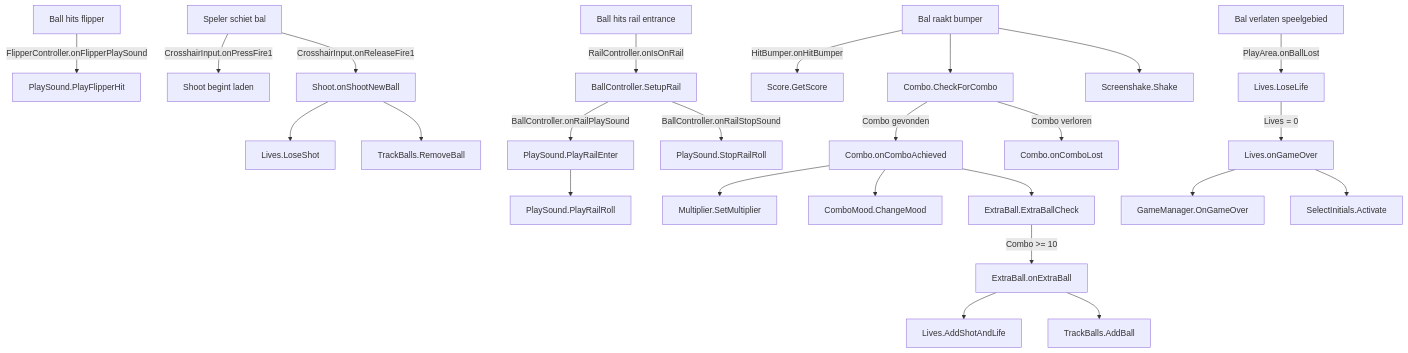
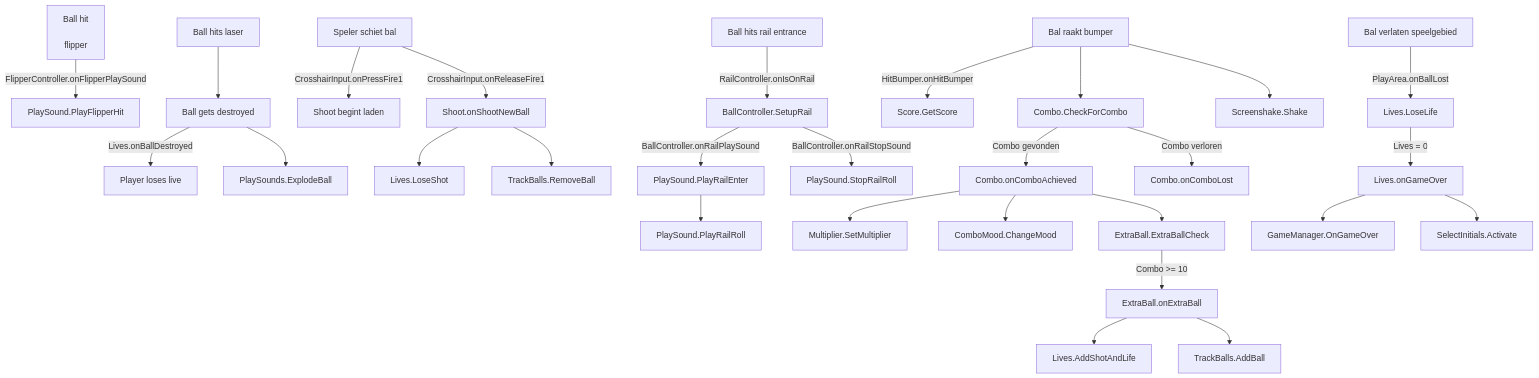
Before and after one commit to erwinhenraat/Galactic_Ricochet: the second of 2 diagrams in DOCS/TechnicalDesign.md, drawn with Mermaid. The commit also changed other lines of this file and 1 other file, not shown here.

````diff
--- a/DOCS/TechnicalDesign.md
+++ b/DOCS/TechnicalDesign.md
@@ -522,36 +571,42 @@
 ```mermaid
 graph TD
     A[Speler schiet bal] -->|CrosshairInput.onPressFire1| B[Shoot begint laden]
     A -->|CrosshairInput.onReleaseFire1| C[Shoot.onShootNewBall]
 
     C --> D[Lives.LoseShot]
     C --> E[TrackBalls.RemoveBall]
 
     F[Bal raakt bumper] -->|HitBumper.onHitBumper| G[Score.GetScore]
     F --> H[Combo.CheckForCombo]
     F --> I[Screenshake.Shake]
 
     H -->|Combo gevonden| J[Combo.onComboAchieved]
     H -->|Combo verloren| K[Combo.onComboLost]
 
     J --> L[Multiplier.SetMultiplier]
     J --> M[ComboMood.ChangeMood]
     J --> N[ExtraBall.ExtraBallCheck]
 
     N -->|Combo >= 10| O[ExtraBall.onExtraBall]
     O --> P[Lives.AddShotAndLife]
     O --> Q[TrackBalls.AddBall]
 
     R[Bal verlaten speelgebied] -->|PlayArea.onBallLost| S[Lives.LoseLife]
     S -->|Lives = 0| T[Lives.onGameOver]
 
     T --> U[GameManager.OnGameOver]
     T --> V[SelectInitials.Activate]
 
     Z[Ball hits rail entrance] --> |RailController.onIsOnRail| Y[BallController.SetupRail]
     Y -->  |BallController.onRailPlaySound| X[PlaySound.PlayRailEnter]
     X --> W[PlaySound.PlayRailRoll]
     Y -->  |BallController.onRailStopSound| 1[PlaySound.StopRailRoll]
 
-    2[Ball hits flipper] --> |FlipperController.onFlipperPlaySound| 3[PlaySound.PlayFlipperHit]
+    2[Ball hit
+    
+    flipper] --> |FlipperController.onFlipperPlaySound| 3[PlaySound.PlayFlipperHit]
+
+    4[Ball hits laser] --> 5[Ball gets destroyed]
+    5 --> |Lives.onBallDestroyed| 6[Player loses live]
+    5 --> 7[PlaySounds.ExplodeBall]
 ```
````
